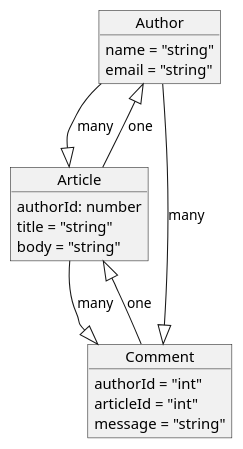
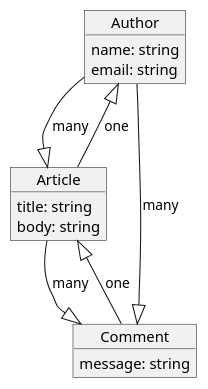
One commit to FantasticFiasco/sandbox-hateoas changed the diagram in doc/resources/UML.md. Above: the diagram before and after it, drawn with PlantUML.

```diff
--- a/doc/resources/UML.md
+++ b/doc/resources/UML.md
@@ -4,27 +4,24 @@
 @startuml;
 object Author {
-    name = "string"
-    email = "string"
+    name: string
+    email: string
 }
 
 object Article {
-    authorId: number
-    title = "string"
-    body = "string"
+    title: string
+    body: string
 }
 
 object Comment {
-    authorId = "int"
-    articleId = "int"
-    message = "string"
+    message: string
 }
 
 Author --|> Article : many
 Article --|> Author : one
     
 Article --|> Comment : many
 Comment --|> Article : one
 
 Author --|> Comment : many
 
 @enduml
```
